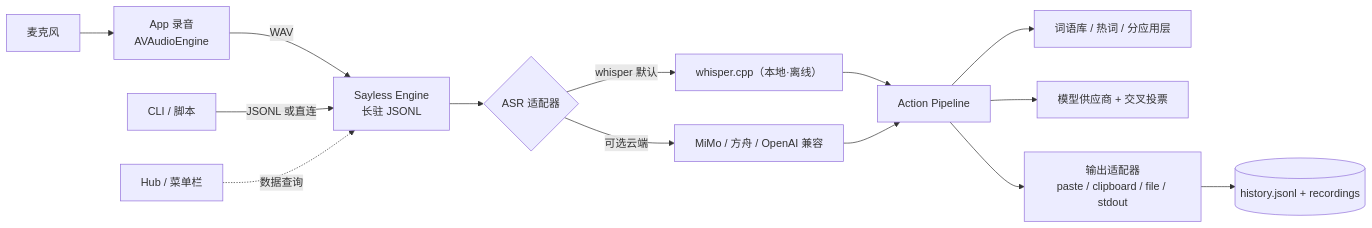
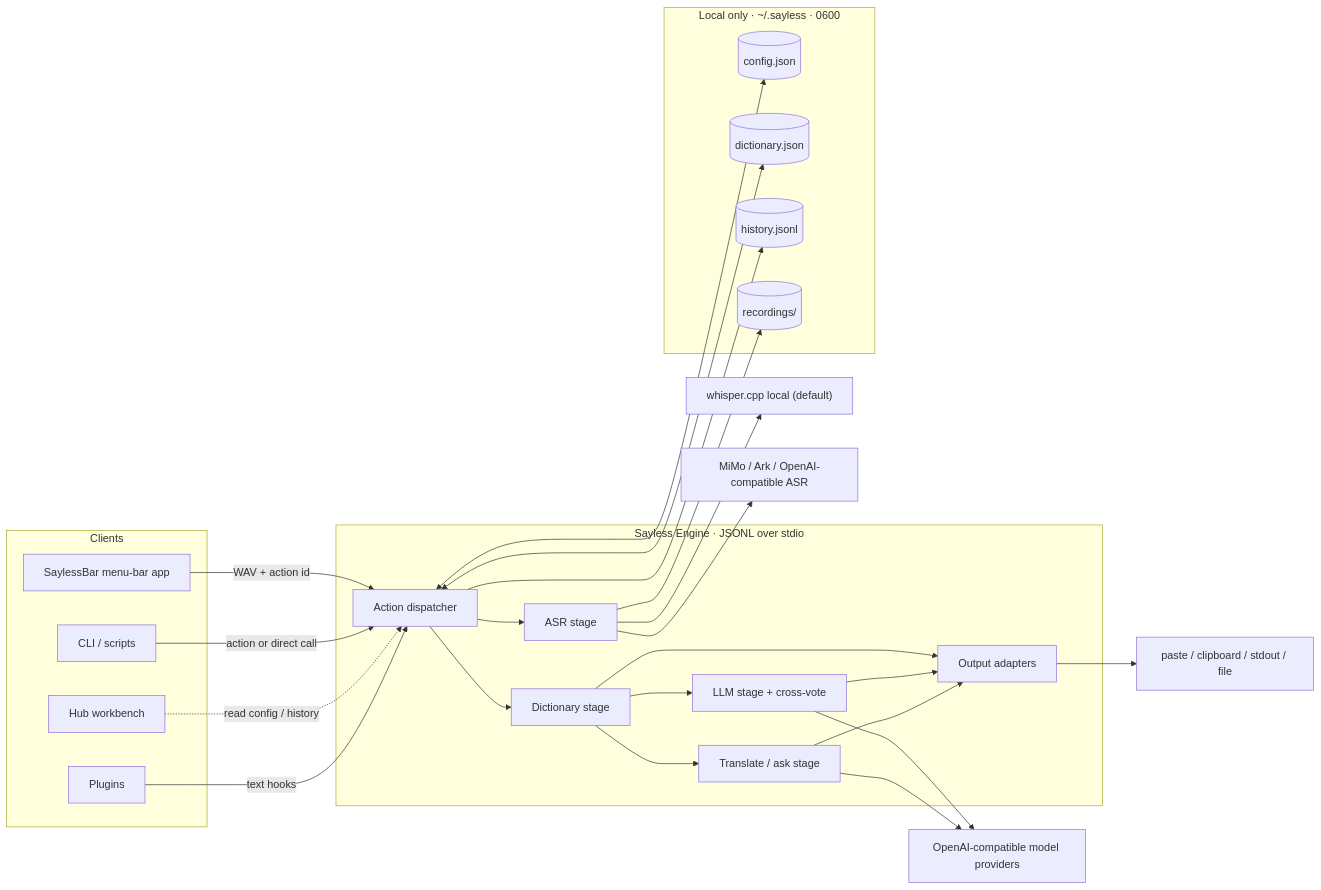
One commit to LeoLin990405/sayless changed the diagram in README.md. Above: the diagram before and after it, drawn with Mermaid. The commit also changed other lines of this file and 3 other files, not shown here.

````diff
--- a/README.md
+++ b/README.md
@@ -53,16 +55,50 @@
 ```mermaid
 flowchart LR
-    Mic[麦克风] --> Rec[App 录音<br/>AVAudioEngine]
-    Rec -->|WAV| Eng[Sayless Engine<br/>长驻 JSONL]
-    CLI[CLI / 脚本] -->|JSONL 或直连| Eng
-    Hub[Hub / 菜单栏] -.数据查询.-> Eng
-    Eng --> ASR{ASR 适配器}
-    ASR -->|whisper 默认| W["whisper.cpp（本地·离线）"]
-    ASR -->|可选云端| C[MiMo / 方舟 / OpenAI 兼容]
-    W --> Pipe[Action Pipeline]
-    C --> Pipe
-    Pipe --> D[词语库 / 热词 / 分应用层]
-    Pipe --> LLM[模型供应商 + 交叉投票]
-    Pipe --> Out[输出适配器<br/>paste / clipboard / file / stdout]
-    Out --> Hist[(history.jsonl + recordings)]
+    subgraph clients["Clients"]
+        App["SaylessBar menu-bar app"]
+        CLI["CLI / scripts"]
+        Hub["Hub workbench"]
+        Plug["Plugins"]
+    end
+
+    subgraph engine["Sayless Engine · JSONL over stdio"]
+        Dispatch["Action dispatcher"]
+        ASR["ASR stage"]
+        Dict["Dictionary stage"]
+        LLM["LLM stage + cross-vote"]
+        Ask["Translate / ask stage"]
+        Out["Output adapters"]
+    end
+
+    Whisper["whisper.cpp local (default)"]
+    Cloud["MiMo / Ark / OpenAI-compatible ASR"]
+    Providers["OpenAI-compatible model providers"]
+
+    subgraph data["Local only · ~/.sayless · 0600"]
+        Cfg[("config.json")]
+        Dic[("dictionary.json")]
+        Hist[("history.jsonl")]
+        Rec[("recordings/")]
+    end
+
+    App -->|"WAV + action id"| Dispatch
+    CLI -->|"action or direct call"| Dispatch
+    Hub -. "read config / history" .-> Dispatch
+    Plug -->|"text hooks"| Dispatch
+    Dispatch --> ASR
+    ASR --> Whisper
+    ASR --> Cloud
+    ASR --> Rec
+    Dispatch --> Dict
+    Dict --> LLM
+    Dict --> Ask
+    LLM --> Providers
+    Ask --> Providers
+    Dict --> Out
+    LLM --> Out
+    Ask --> Out
+    Out --> Dest["paste / clipboard / stdout / file"]
+    Dispatch <--> Cfg
+    Dispatch <--> Dic
+    Dispatch --> Hist
 ```
````
